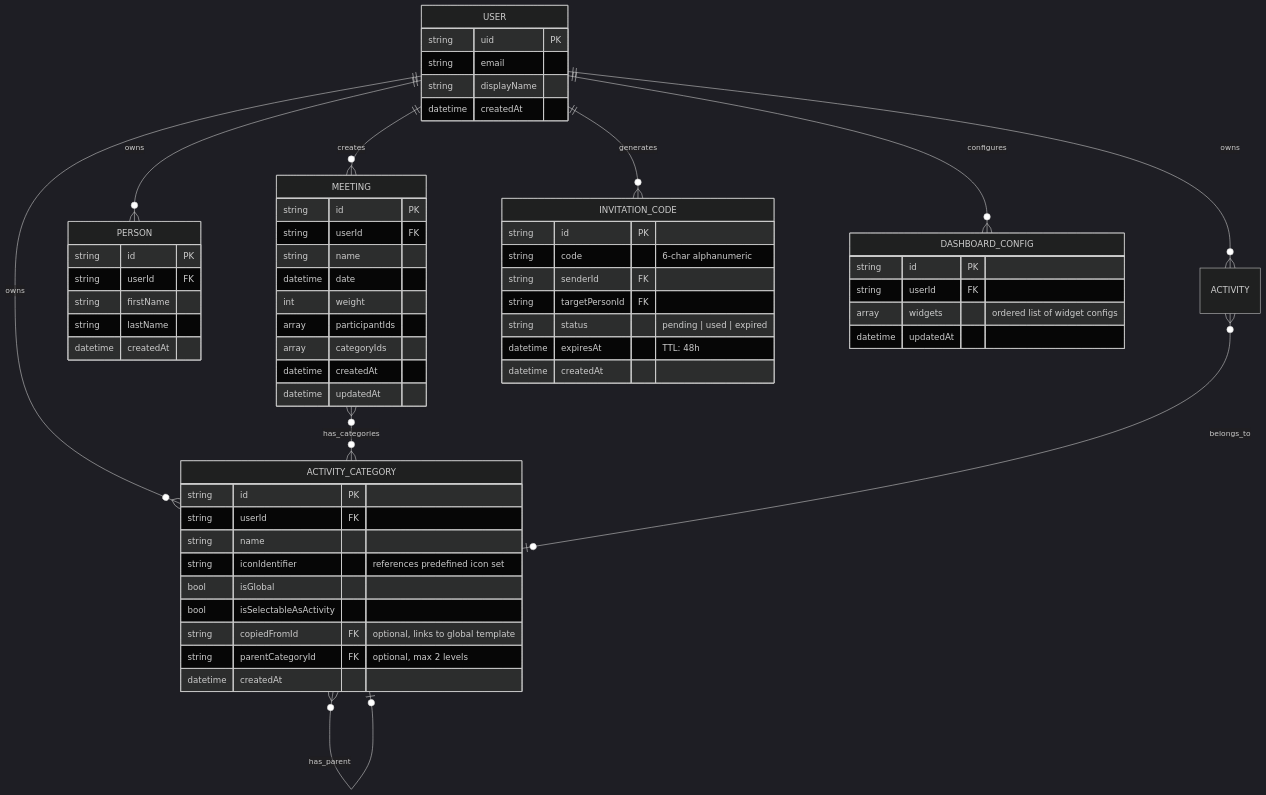
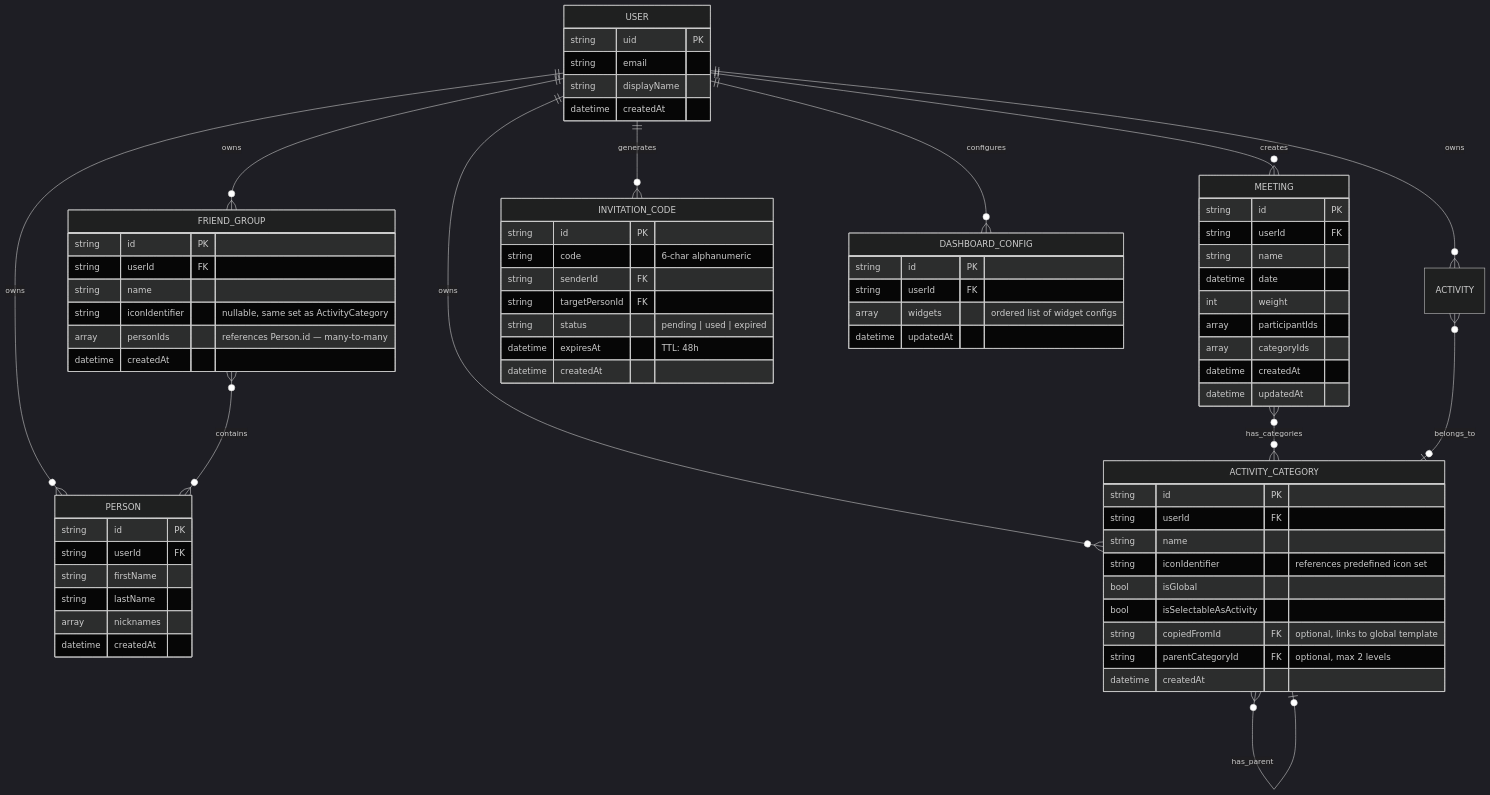
The second of 5 diagrams in docs/architecture.md (aleksanderginalski/Friendsheet-App), drawn with Mermaid (dark theme) before and after one commit. The commit also changed other lines of this file and 5 other files, not shown here.

````diff
--- a/docs/architecture.md
+++ b/docs/architecture.md
@@ -51,68 +51,80 @@
 ```mermaid
 erDiagram
     USER ||--o{ MEETING : creates
     USER ||--o{ PERSON : owns
     USER ||--o{ ACTIVITY : owns
     USER ||--o{ ACTIVITY_CATEGORY : owns
+    USER ||--o{ FRIEND_GROUP : owns
     USER ||--o{ INVITATION_CODE : generates
     USER ||--o{ DASHBOARD_CONFIG : configures
     MEETING }o--o{ ACTIVITY_CATEGORY : has_categories
     ACTIVITY }o--o| ACTIVITY_CATEGORY : belongs_to
     ACTIVITY_CATEGORY }o--o| ACTIVITY_CATEGORY : has_parent
+    FRIEND_GROUP }o--o{ PERSON : contains
 
     USER {
         string uid PK
         string email
         string displayName
         datetime createdAt
     }
     
     MEETING {
         string id PK
         string userId FK
         string name
         datetime date
         int weight
         array participantIds
         array categoryIds
         datetime createdAt
         datetime updatedAt
     }
     
     PERSON {
         string id PK
         string userId FK
         string firstName
         string lastName
+        array nicknames
+        datetime createdAt
+    }
+    
+    FRIEND_GROUP {
+        string id PK
+        string userId FK
+        string name
+        string iconIdentifier "nullable, same set as ActivityCategory"
+        array personIds "references Person.id — many-to-many"
         datetime createdAt
     }
     
     ACTIVITY_CATEGORY {
         string id PK
         string userId FK
         string name
         string iconIdentifier "references predefined icon set"
         bool isGlobal
         bool isSelectableAsActivity
         string copiedFromId FK "optional, links to global template"
         string parentCategoryId FK "optional, max 2 levels"
         datetime createdAt
     }
 
     INVITATION_CODE {
         string id PK
         string code "6-char alphanumeric"
         string senderId FK
         string targetPersonId FK
         string status "pending | used | expired"
         datetime expiresAt "TTL: 48h"
         datetime createdAt
     }
 
     DASHBOARD_CONFIG {
         string id PK
         string userId FK
         array widgets "ordered list of widget configs"
         datetime updatedAt
     }
 ```
````
